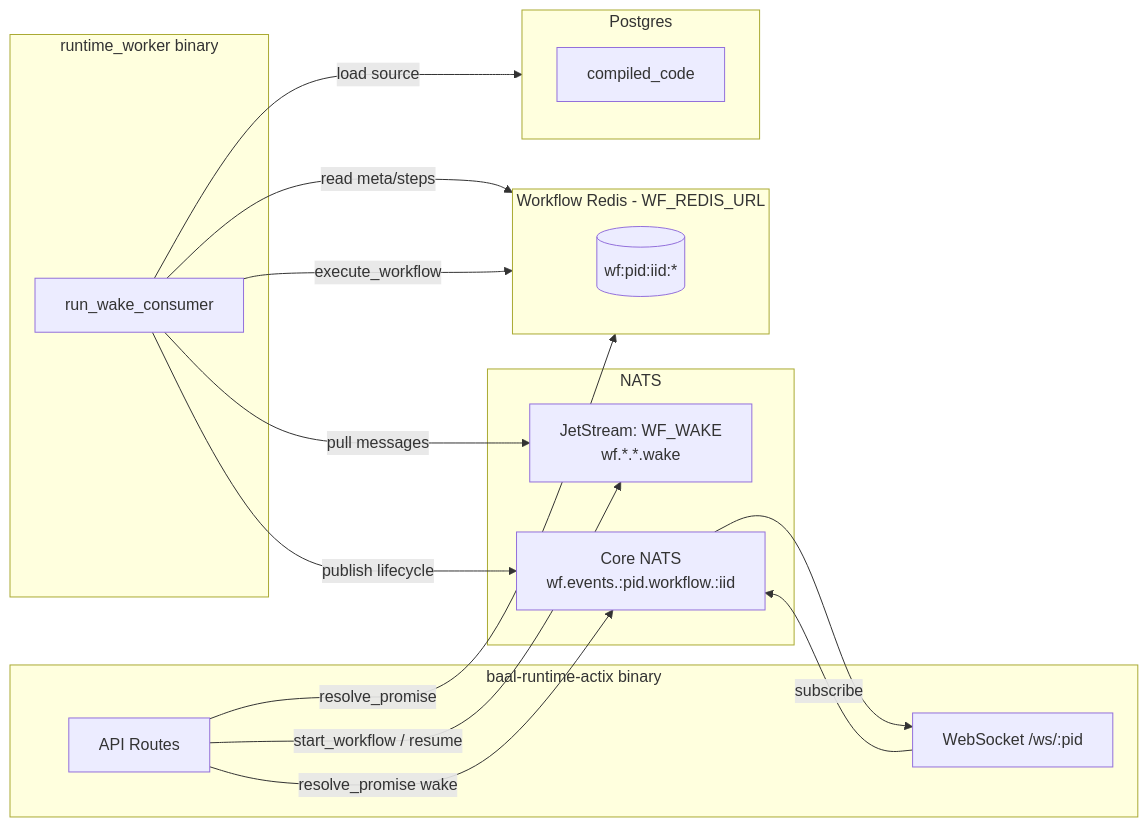
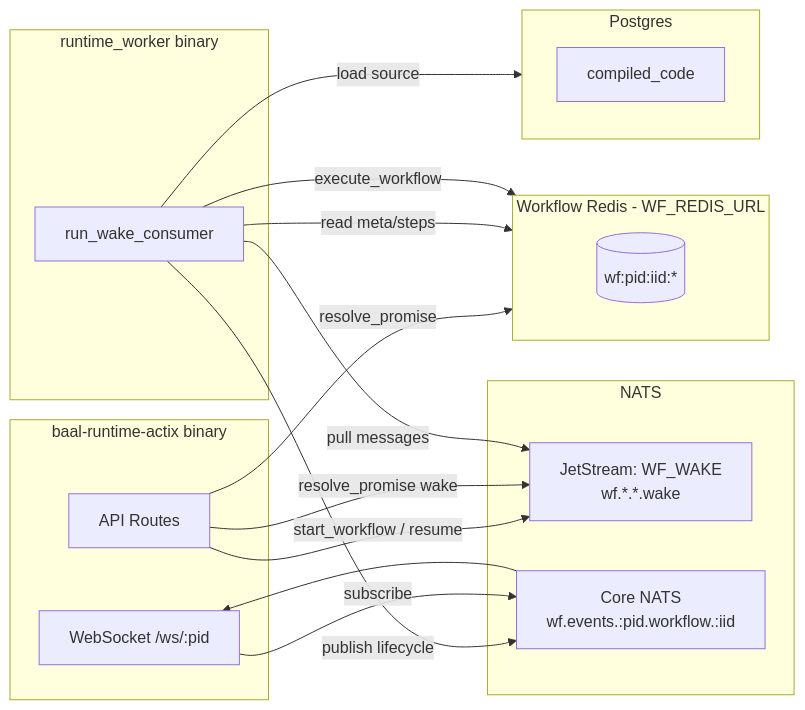
The first of 4 diagrams in docs/workflow-internals.md (BaaSForge/baasforge-runtime-actix), drawn with Mermaid before and after one commit. The commit also changed other lines of this file and 25 other files, not shown here.

````diff
--- a/docs/workflow-internals.md
+++ b/docs/workflow-internals.md
@@ -11,37 +11,37 @@
 ```mermaid
 graph LR
     subgraph HTTP Server [baal-runtime-actix binary]
         API[API Routes]
         WS[WebSocket /ws/:pid]
     end
 
     subgraph Worker [runtime_worker binary]
         WC[run_wake_consumer]
     end
 
     subgraph NATS
         JS_WF[JetStream: WF_WAKE\nwf.*.*.wake]
         CORE[Core NATS\nwf.events.:pid.workflow.:iid]
     end
 
     subgraph Redis [Workflow Redis - WF_REDIS_URL]
         R[(wf:pid:iid:*)]
     end
 
     subgraph PG [Postgres]
         SRC[compiled_code]
     end
 
     API -->|start_workflow / resume| JS_WF
     API -->|resolve_promise| Redis
-    API -->|resolve_promise wake| CORE
+    API -->|resolve_promise wake| JS_WF
 
     WC -->|pull messages| JS_WF
     WC -->|read meta/steps| Redis
     WC -->|load source| PG
     WC -->|execute_workflow| Redis
     WC -->|publish lifecycle| CORE
 
     WS -->|subscribe| CORE
     CORE --> WS
 ```
````
